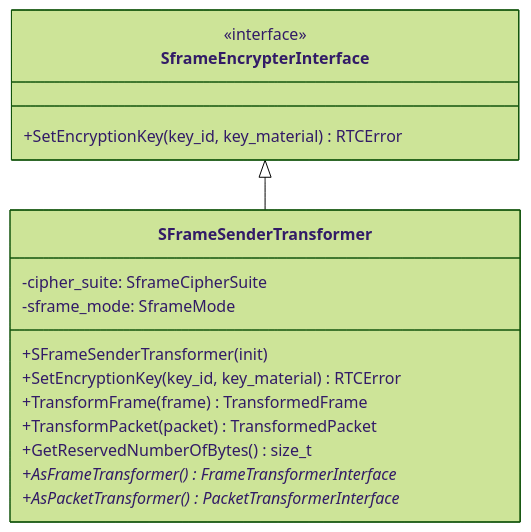
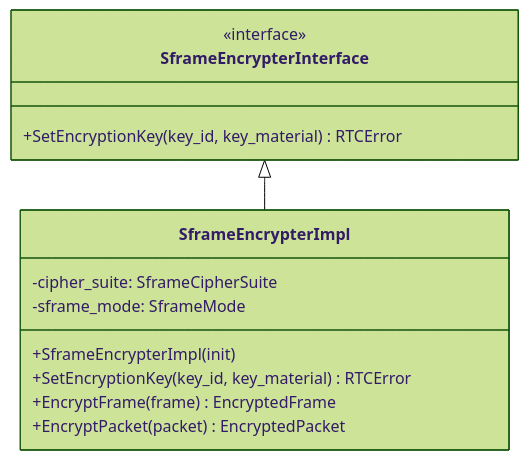
The sixth of 13 diagrams in README.md (webex/webrtc-sframe), drawn with Mermaid (forest theme) before and after one commit. The commit also changed other lines of this file and 1 other file, not shown here.

````diff
--- a/README.md
+++ b/README.md
@@ -255,21 +220,18 @@
 ```mermaid
 classDiagram
     class SframeEncrypterInterface {
         <<interface>>
         +SetEncryptionKey(key_id, key_material) RTCError
     }
     
-    class SFrameSenderTransformer {
+    class SframeEncrypterImpl {
         -cipher_suite: SframeCipherSuite
         -sframe_mode: SframeMode
-        +SFrameSenderTransformer(init)
+        +SframeEncrypterImpl(init)
         +SetEncryptionKey(key_id, key_material) RTCError
-        +TransformFrame(frame) TransformedFrame
-        +TransformPacket(packet) TransformedPacket
-        +GetReservedNumberOfBytes() size_t
-        +AsFrameTransformer() FrameTransformerInterface*
-        +AsPacketTransformer() PacketTransformerInterface*
+        +EncryptFrame(frame) EncryptedFrame
+        +EncryptPacket(packet) EncryptedPacket
     }
     
-    SframeEncrypterInterface <|-- SFrameSenderTransformer
+    SframeEncrypterInterface <|-- SframeEncrypterImpl
 ```
````
